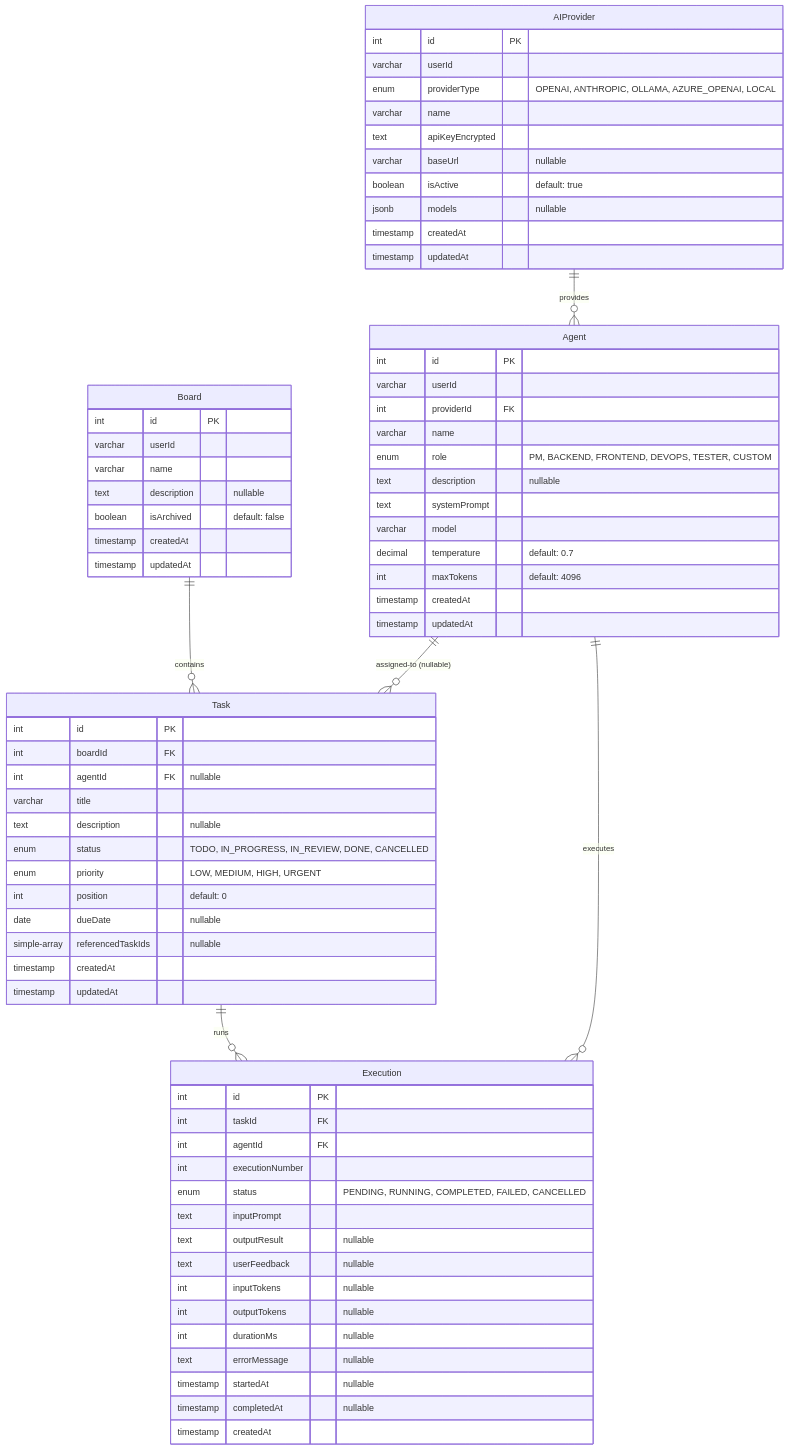
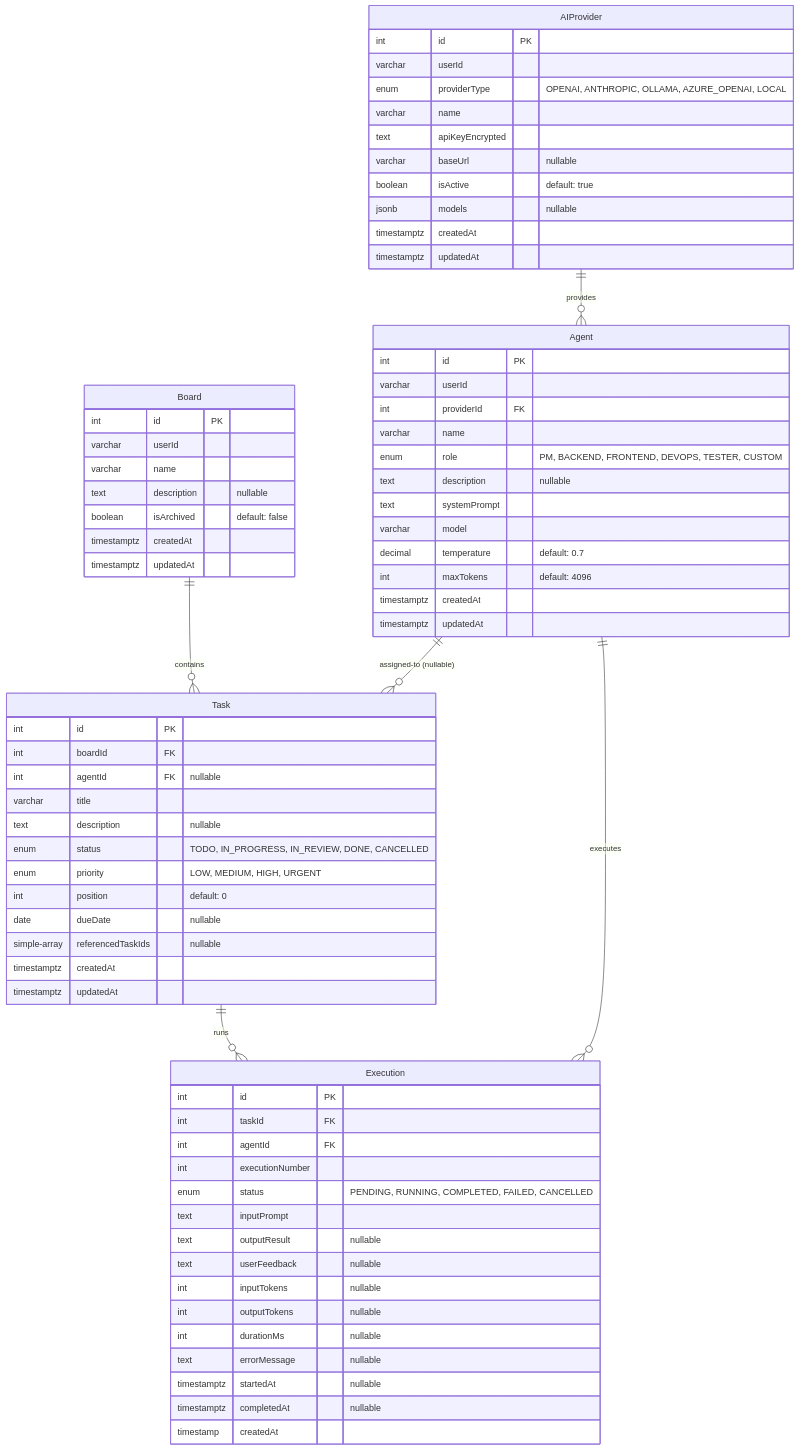
One commit to L-a-z-e/portal-universe changed the diagram in docs/architecture/database/prism-service-schema.md. Above: the diagram before and after it, drawn with Mermaid. The commit also changed other lines of this file and 202 other files, not shown here.

````diff
--- a/docs/architecture/database/prism-service-schema.md
+++ b/docs/architecture/database/prism-service-schema.md
@@ -11,79 +11,79 @@
 ```mermaid
 erDiagram
     AIProvider {
         int id PK
         varchar userId
         enum providerType "OPENAI, ANTHROPIC, OLLAMA, AZURE_OPENAI, LOCAL"
         varchar name
         text apiKeyEncrypted
         varchar baseUrl "nullable"
         boolean isActive "default: true"
         jsonb models "nullable"
-        timestamp createdAt
-        timestamp updatedAt
+        timestamptz createdAt
+        timestamptz updatedAt
     }
 
     Agent {
         int id PK
         varchar userId
         int providerId FK
         varchar name
         enum role "PM, BACKEND, FRONTEND, DEVOPS, TESTER, CUSTOM"
         text description "nullable"
         text systemPrompt
         varchar model
         decimal temperature "default: 0.7"
         int maxTokens "default: 4096"
-        timestamp createdAt
-        timestamp updatedAt
+        timestamptz createdAt
+        timestamptz updatedAt
     }
 
     Board {
         int id PK
         varchar userId
         varchar name
         text description "nullable"
         boolean isArchived "default: false"
-        timestamp createdAt
-        timestamp updatedAt
+        timestamptz createdAt
+        timestamptz updatedAt
     }
 
     Task {
         int id PK
         int boardId FK
         int agentId FK "nullable"
         varchar title
         text description "nullable"
         enum status "TODO, IN_PROGRESS, IN_REVIEW, DONE, CANCELLED"
         enum priority "LOW, MEDIUM, HIGH, URGENT"
         int position "default: 0"
         date dueDate "nullable"
         simple-array referencedTaskIds "nullable"
-        timestamp createdAt
-        timestamp updatedAt
+        timestamptz createdAt
+        timestamptz updatedAt
     }
 
     Execution {
         int id PK
         int taskId FK
         int agentId FK
         int executionNumber
         enum status "PENDING, RUNNING, COMPLETED, FAILED, CANCELLED"
         text inputPrompt
         text outputResult "nullable"
         text userFeedback "nullable"
         int inputTokens "nullable"
         int outputTokens "nullable"
         int durationMs "nullable"
         text errorMessage "nullable"
-        timestamp startedAt "nullable"
-        timestamp completedAt "nullable"
+        timestamptz startedAt "nullable"
+        timestamptz completedAt "nullable"
         timestamp createdAt
     }
 
     AIProvider ||--o{ Agent : provides
     Board ||--o{ Task : contains
     Agent ||--o{ Task : "assigned-to (nullable)"
     Task ||--o{ Execution : runs
     Agent ||--o{ Execution : executes
 ```
````
